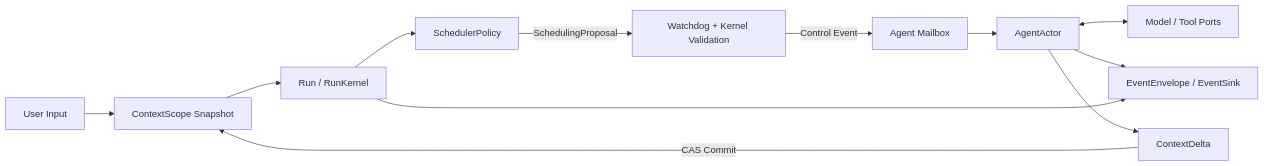
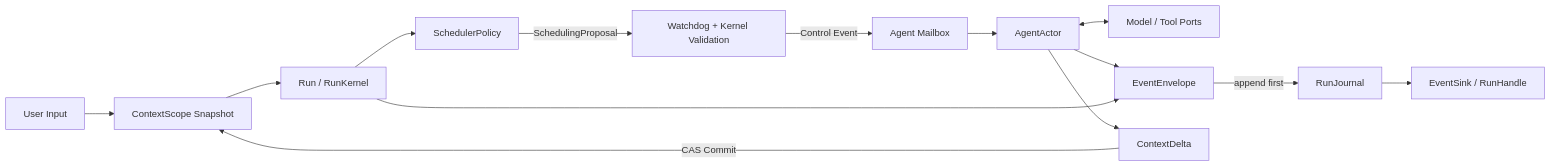
The diagram in docs/runtime/architecture.md (Haiyang-Bian/bottled-water), drawn with Mermaid before and after one commit. The commit also changed other lines of this file and 3 other files, not shown here.

````diff
--- a/docs/runtime/architecture.md
+++ b/docs/runtime/architecture.md
@@ -35,14 +35,16 @@
 ```mermaid
 flowchart LR
     U["User Input"] --> C["ContextScope Snapshot"]
     C --> R["Run / RunKernel"]
     R --> P["SchedulerPolicy"]
     P -->|"SchedulingProposal"| W["Watchdog + Kernel Validation"]
     W -->|"Control Event"| M["Agent Mailbox"]
     M --> A["AgentActor"]
     A <--> X["Model / Tool Ports"]
-    A --> E["EventEnvelope / EventSink"]
+    A --> E["EventEnvelope"]
     R --> E
+    E -->|"append first"| J["RunJournal"]
+    J --> S["EventSink / RunHandle"]
     A --> D["ContextDelta"]
     D -->|"CAS Commit"| C
 ```
````
